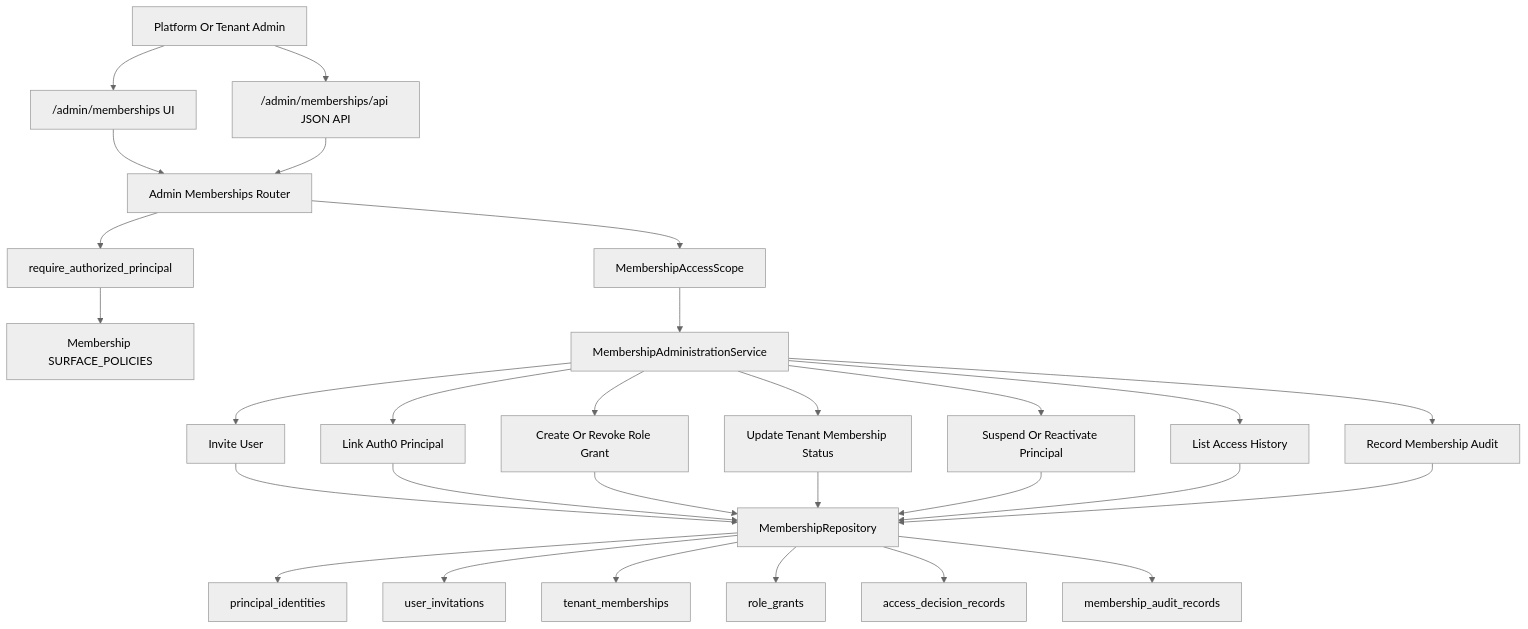
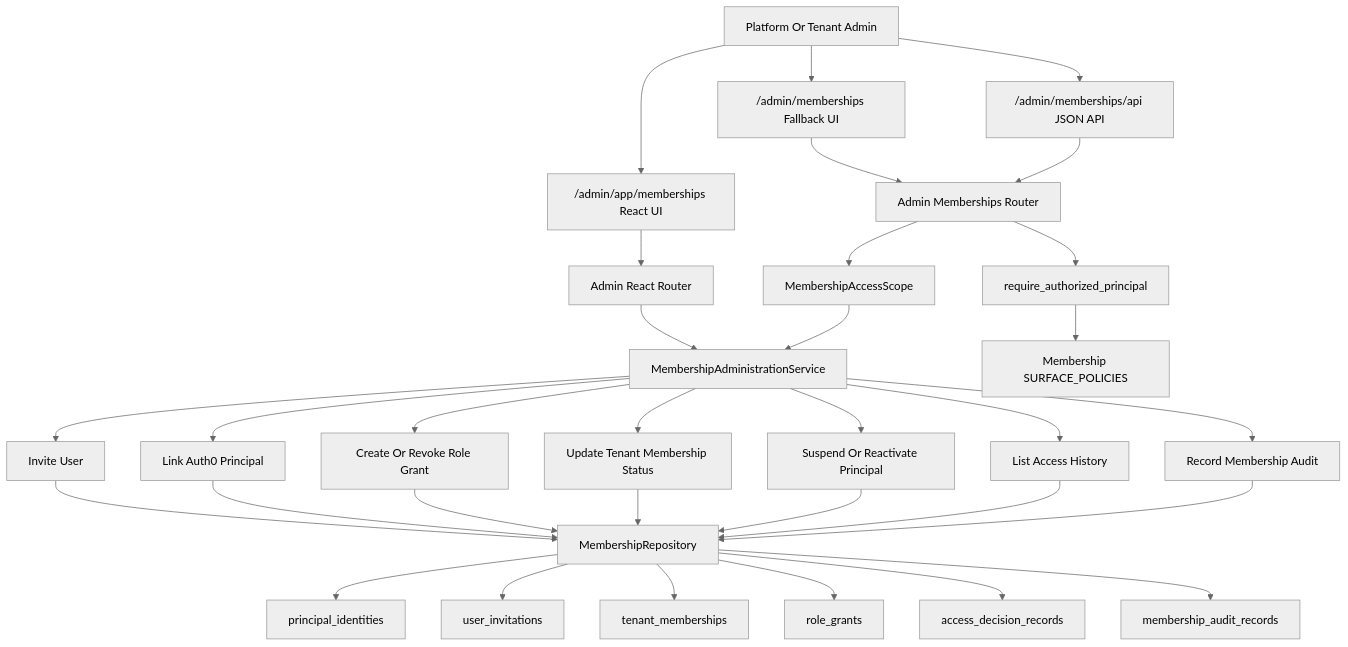
One commit to scott5252/multi-agent changed the sixth of 35 diagrams in system_architecture.md. Above: the diagram before and after it, drawn with Mermaid (neutral theme). The commit also changed other lines of this file and 97 other files, not shown here.

````diff
--- a/system_architecture.md
+++ b/system_architecture.md
@@ -419,34 +481,37 @@
 ```mermaid
 flowchart TD
-    m1["Platform Or Tenant Admin"] --> m2["/admin/memberships UI"]
+    m1["Platform Or Tenant Admin"] --> m2["/admin/app/memberships React UI"]
+    m1["Platform Or Tenant Admin"] --> m23["/admin/memberships Fallback UI"]
     m1["Platform Or Tenant Admin"] --> m3["/admin/memberships/api JSON API"]
-    m2["/admin/memberships UI"] --> m4["Admin Memberships Router"]
+    m2["/admin/app/memberships React UI"] --> m24["Admin React Router"]
+    m24["Admin React Router"] --> m8["MembershipAdministrationService"]
+    m23["/admin/memberships Fallback UI"] --> m4["Admin Memberships Router"]
     m3["/admin/memberships/api JSON API"] --> m4["Admin Memberships Router"]
     m4["Admin Memberships Router"] --> m5["require_authorized_principal"]
     m5["require_authorized_principal"] --> m6["Membership SURFACE_POLICIES"]
     m4["Admin Memberships Router"] --> m7["MembershipAccessScope"]
     m7["MembershipAccessScope"] --> m8["MembershipAdministrationService"]
 
     m8["MembershipAdministrationService"] --> m9["Invite User"]
     m8["MembershipAdministrationService"] --> m10["Link Auth0 Principal"]
     m8["MembershipAdministrationService"] --> m11["Create Or Revoke Role Grant"]
     m8["MembershipAdministrationService"] --> m12["Update Tenant Membership Status"]
     m8["MembershipAdministrationService"] --> m13["Suspend Or Reactivate Principal"]
     m8["MembershipAdministrationService"] --> m14["List Access History"]
     m8["MembershipAdministrationService"] --> m15["Record Membership Audit"]
 
     m9["Invite User"] --> m16["MembershipRepository"]
     m10["Link Auth0 Principal"] --> m16["MembershipRepository"]
     m11["Create Or Revoke Role Grant"] --> m16["MembershipRepository"]
     m12["Update Tenant Membership Status"] --> m16["MembershipRepository"]
     m13["Suspend Or Reactivate Principal"] --> m16["MembershipRepository"]
     m14["List Access History"] --> m16["MembershipRepository"]
     m15["Record Membership Audit"] --> m16["MembershipRepository"]
 
     m16["MembershipRepository"] --> m17["principal_identities"]
     m16["MembershipRepository"] --> m18["user_invitations"]
     m16["MembershipRepository"] --> m19["tenant_memberships"]
     m16["MembershipRepository"] --> m20["role_grants"]
     m16["MembershipRepository"] --> m21["access_decision_records"]
     m16["MembershipRepository"] --> m22["membership_audit_records"]
 ```
````
